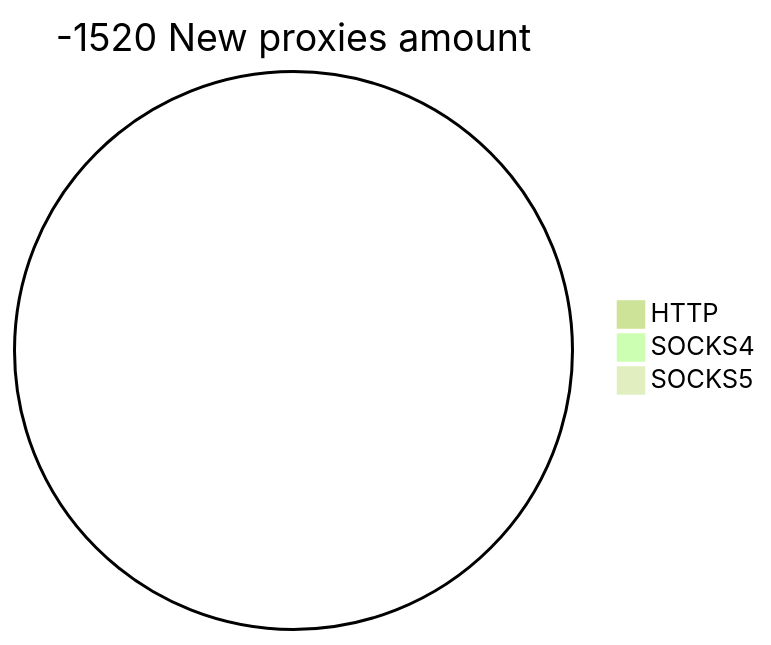
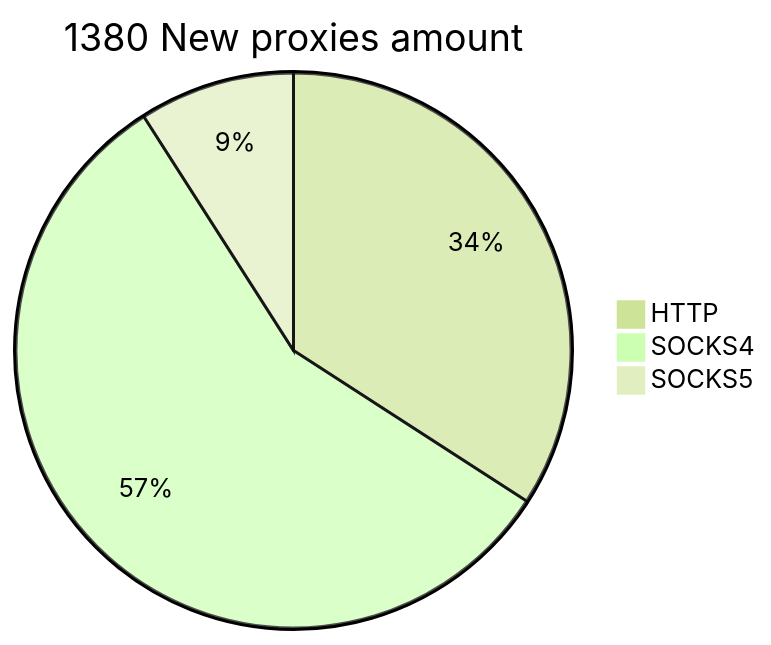
The second of 2 diagrams in README.md (cutipu/proxylist), drawn with Mermaid (forest theme) before and after one commit. The commit also changed other lines of this file, not shown here.

````diff
--- a/README.md
+++ b/README.md
@@ -10,6 +10,6 @@
 ```mermaid
-pie title -1520 New proxies amount
-    "HTTP" : 0
-    "SOCKS4" : 0
-    "SOCKS5" : 0
+pie title 1380 New proxies amount
+    "HTTP" : 471
+    "SOCKS4" : 784
+    "SOCKS5" : 125
 ```
````
